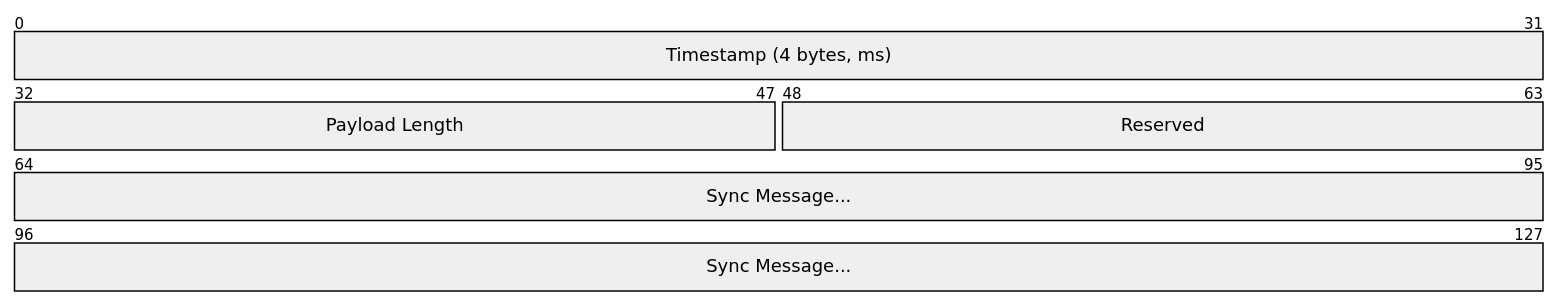
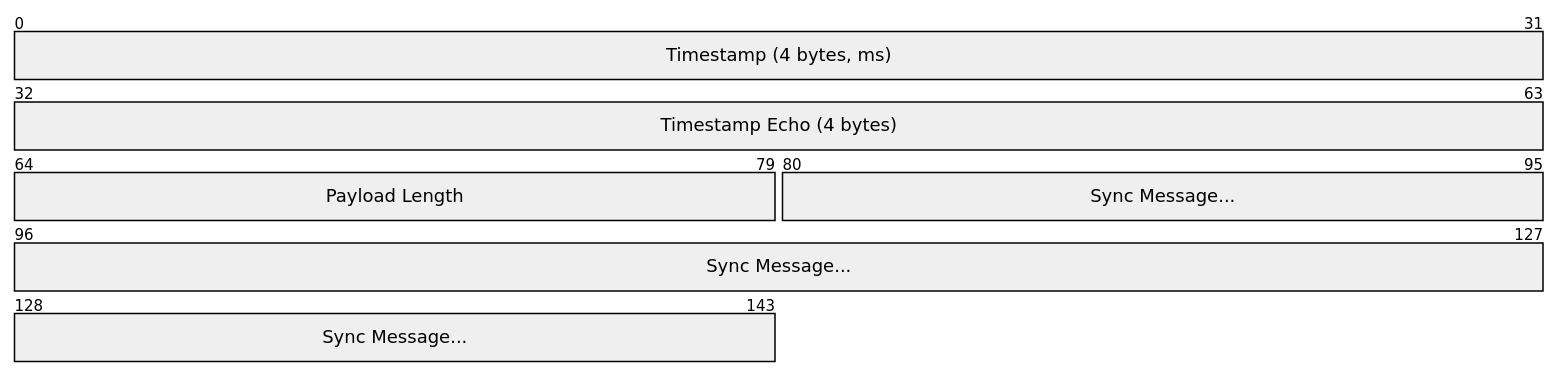
Before and after one commit to DanEscher98/nomad-specs: the second of 4 diagrams in specs/TRANSPORT.md, drawn with Mermaid. The commit also changed other lines of this file and 3 other files, not shown here.

````diff
--- a/specs/TRANSPORT.md
+++ b/specs/TRANSPORT.md
@@ -74,7 +85,7 @@
 ```mermaid
 packet
   +32: "Timestamp (4 bytes, ms)"
+  +32: "Timestamp Echo (4 bytes)"
   +16: "Payload Length"
-  +16: "Reserved"
   +64: "Sync Message..."
 ```
````
